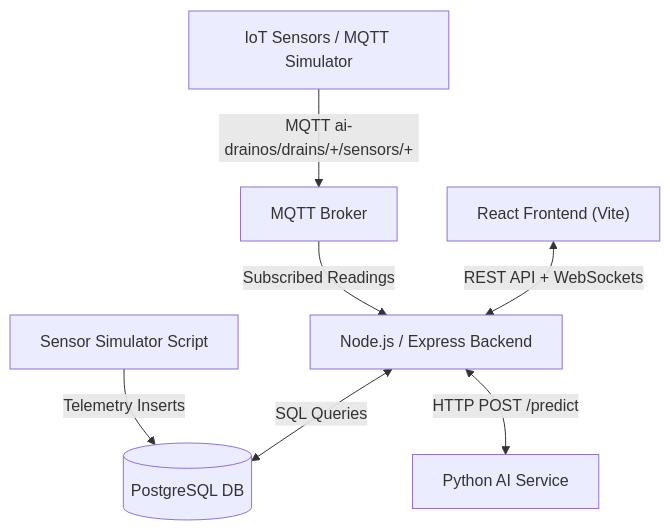
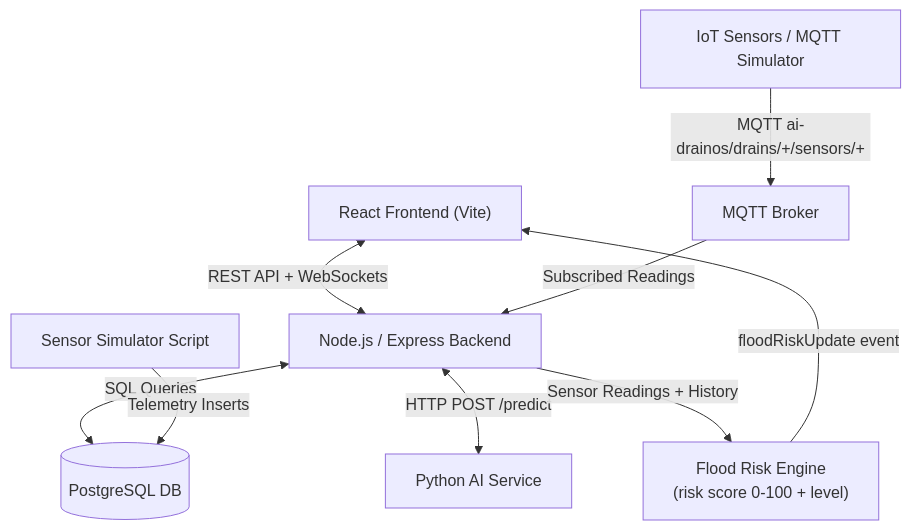
One commit to aakash00000001/AI-DrainOS changed the first of 2 diagrams in README.md. Above: the diagram before and after it, drawn with Mermaid. The commit also changed other lines of this file and 17 other files, not shown here.

Commit message:
Add AI flood risk intelligence and early warning

````diff
--- a/README.md
+++ b/README.md
@@ -87,9 +88,11 @@
 ```mermaid
 graph TD
     UI["React Frontend (Vite)"] <-->|REST API + WebSockets| Server["Node.js / Express Backend"]
     Server <-->|SQL Queries| DB[("PostgreSQL DB")]
     Server <-->|HTTP POST /predict| AI["Python AI Service"]
     IoT["IoT Sensors / MQTT Simulator"] -->|MQTT ai-drainos/drains/+/sensors/+| Broker["MQTT Broker"]
     Broker -->|Subscribed Readings| Server
+    Server -->|Sensor Readings + History| Risk["Flood Risk Engine<br/>(risk score 0-100 + level)"]
+    Risk -->|floodRiskUpdate event| UI
     Sim["Sensor Simulator Script"] -->|Telemetry Inserts| DB
 ```
````
